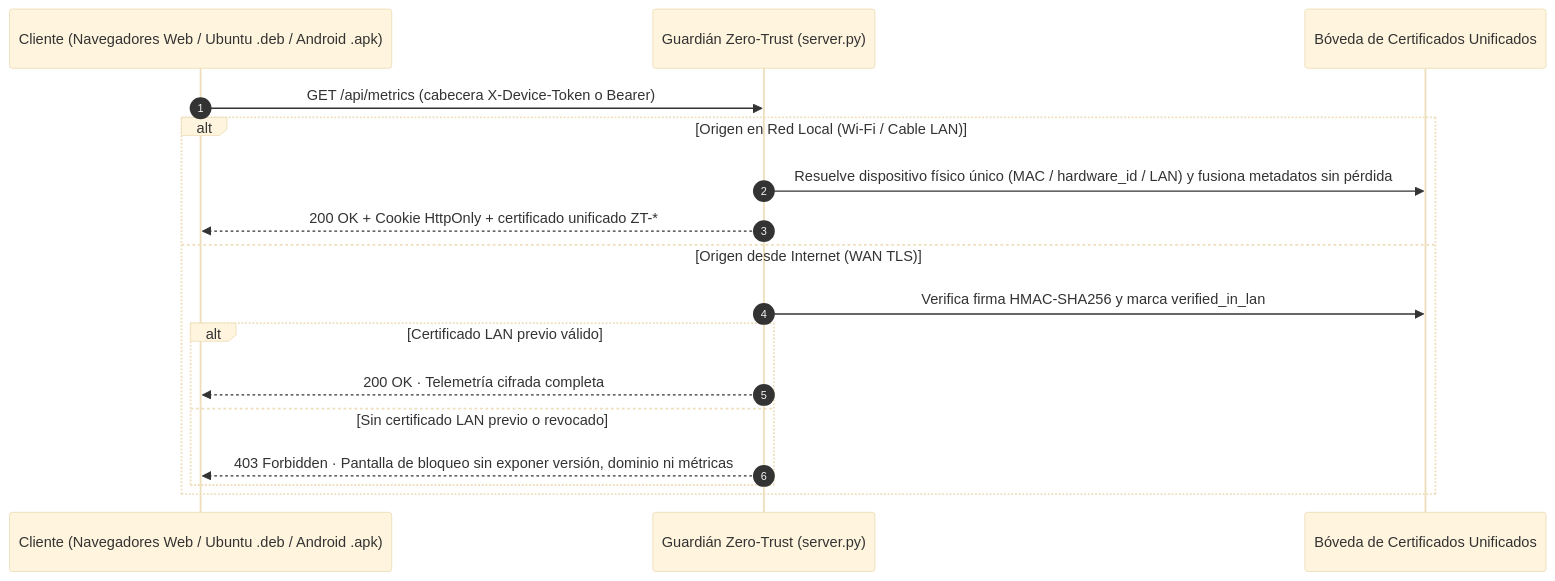
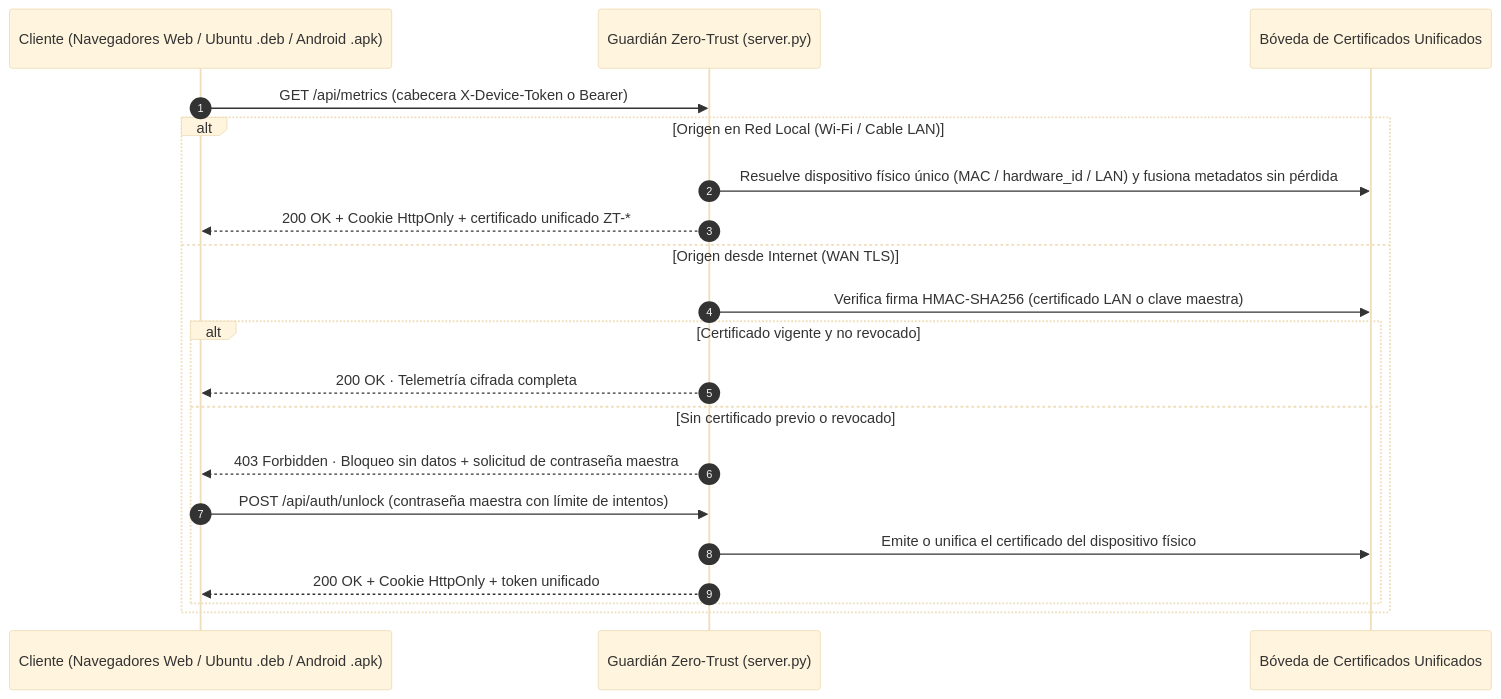
One commit to cminewarIA/recursos-ui changed the third of 3 diagrams in README.md. Above: the diagram before and after it, drawn with Mermaid (base theme). The commit also changed 9 other files, not shown here.

First line of the commit message:
feat: implement master password unlock flow

````diff
--- a/README.md
+++ b/README.md
@@ -191,20 +191,23 @@
 ```mermaid
 sequenceDiagram
     autonumber
     participant C as Cliente (Navegadores Web / Ubuntu .deb / Android .apk)
     participant G as Guardián Zero-Trust (server.py)
     participant B as Bóveda de Certificados Unificados
 
     C->>G: GET /api/metrics (cabecera X-Device-Token o Bearer)
     alt Origen en Red Local (Wi-Fi / Cable LAN)
         G->>B: Resuelve dispositivo físico único (MAC / hardware_id / LAN) y fusiona metadatos sin pérdida
         G-->>C: 200 OK + Cookie HttpOnly + certificado unificado ZT-*
     else Origen desde Internet (WAN TLS)
-        G->>B: Verifica firma HMAC-SHA256 y marca verified_in_lan
-        alt Certificado LAN previo válido
+        G->>B: Verifica firma HMAC-SHA256 (certificado LAN o clave maestra)
+        alt Certificado vigente y no revocado
             G-->>C: 200 OK · Telemetría cifrada completa
-        else Sin certificado LAN previo o revocado
-            G-->>C: 403 Forbidden · Pantalla de bloqueo sin exponer versión, dominio ni métricas
+        else Sin certificado previo o revocado
+            G-->>C: 403 Forbidden · Bloqueo sin datos + solicitud de contraseña maestra
+            C->>G: POST /api/auth/unlock (contraseña maestra con límite de intentos)
+            G->>B: Emite o unifica el certificado del dispositivo físico
+            G-->>C: 200 OK + Cookie HttpOnly + token unificado
         end
     end
 ```
````
